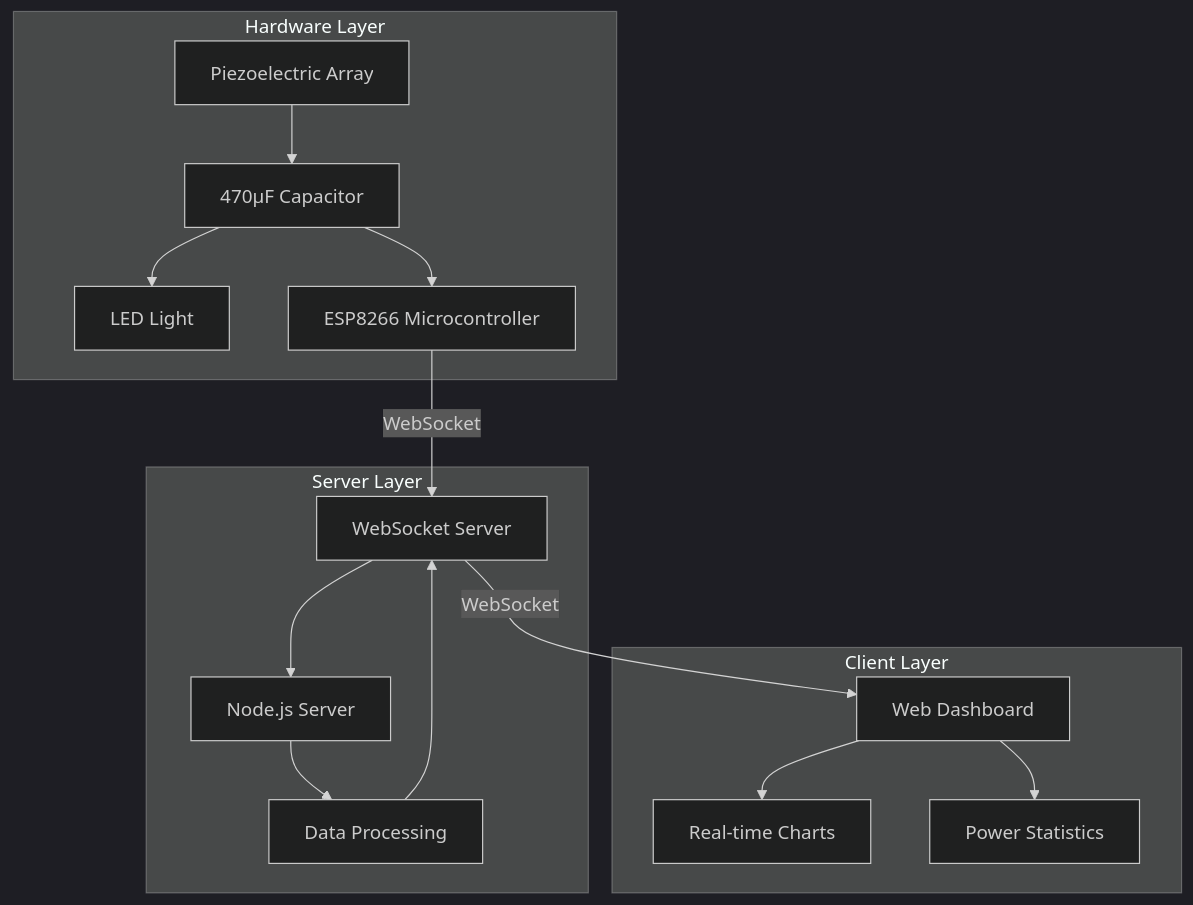
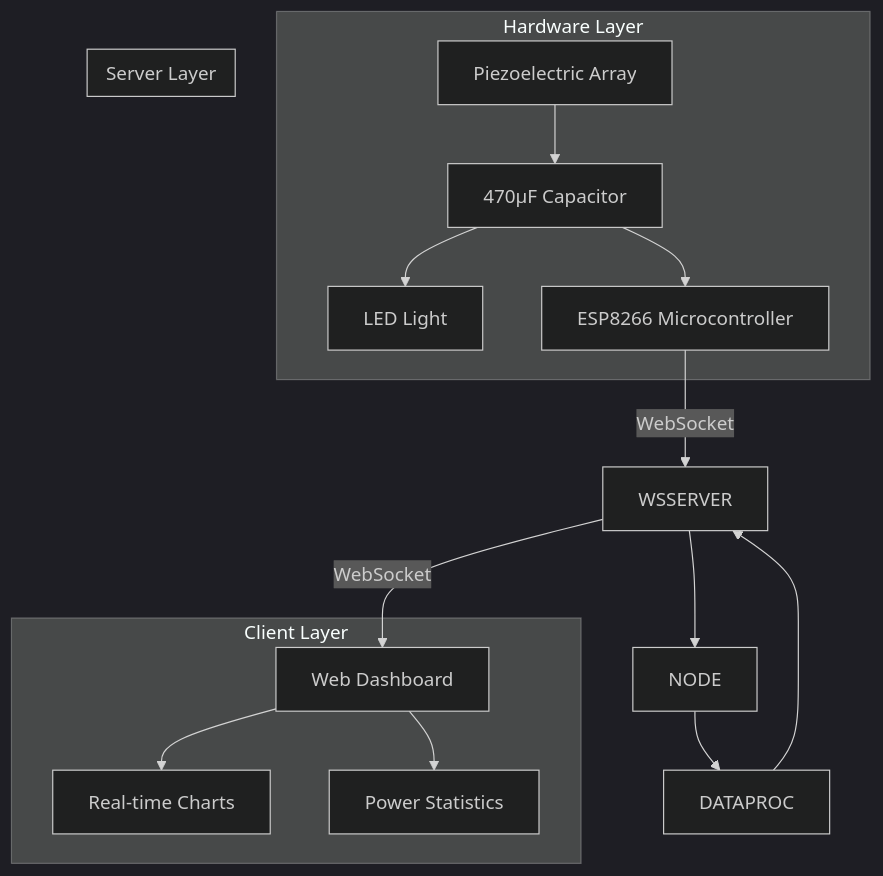
Before and after one commit to Red-misst/piezo-electric: the first of 2 diagrams in README.md, drawn with Mermaid (dark theme).

````diff
--- a/README.md
+++ b/README.md
@@ -48,32 +48,30 @@
 ```mermaid
 flowchart TB
     subgraph "Hardware Layer"
         PZ[Piezoelectric Array]
         CAP[470µF Capacitor]
         LED[LED Light]
         ESP[ESP8266 Microcontroller]
     end
     
     subgraph "Server Layer"
-        NODE[Node.js Server]
-        WSSERVER[WebSocket Server]
-        DATAPROC[Data Processing]
+      
     end
     
     subgraph "Client Layer"
         DASH[Web Dashboard]
         CHART[Real-time Charts]
         STATS[Power Statistics]
     end
     
     PZ --> CAP
     CAP --> LED
     CAP --> ESP
     ESP --> |WebSocket| WSSERVER
     WSSERVER --> NODE
     NODE --> DATAPROC
     DATAPROC --> WSSERVER
     WSSERVER --> |WebSocket| DASH
     DASH --> CHART
     DASH --> STATS
 ```
````
